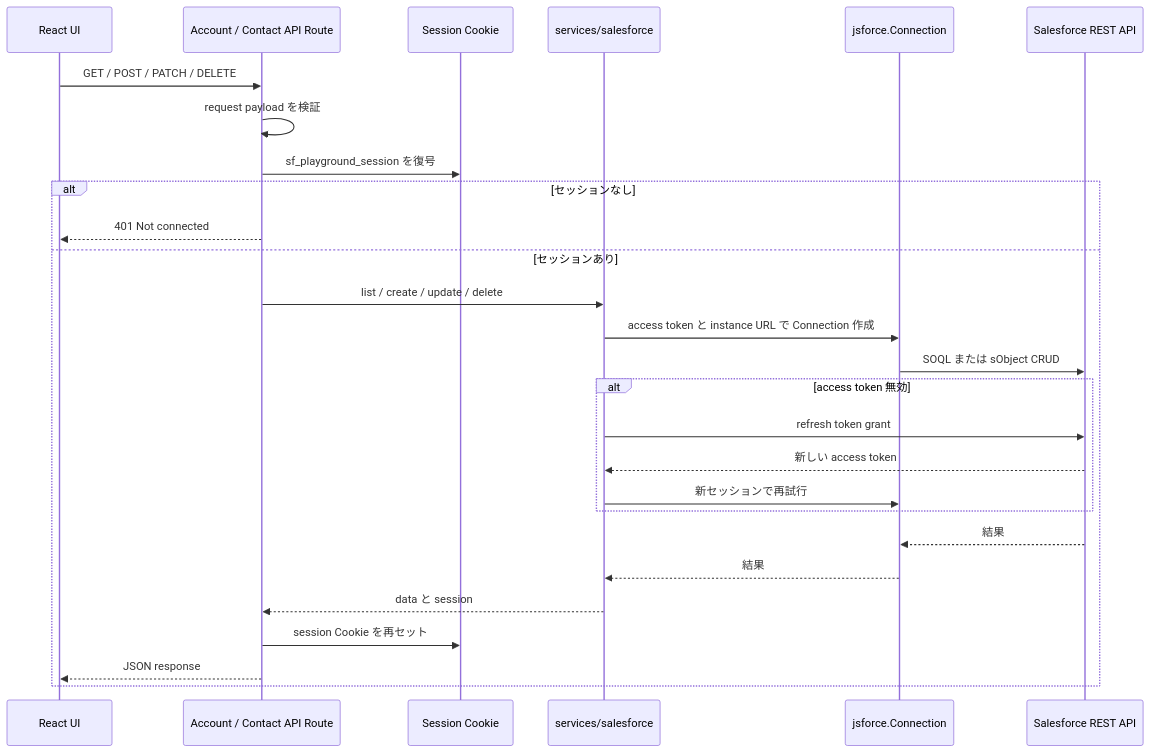
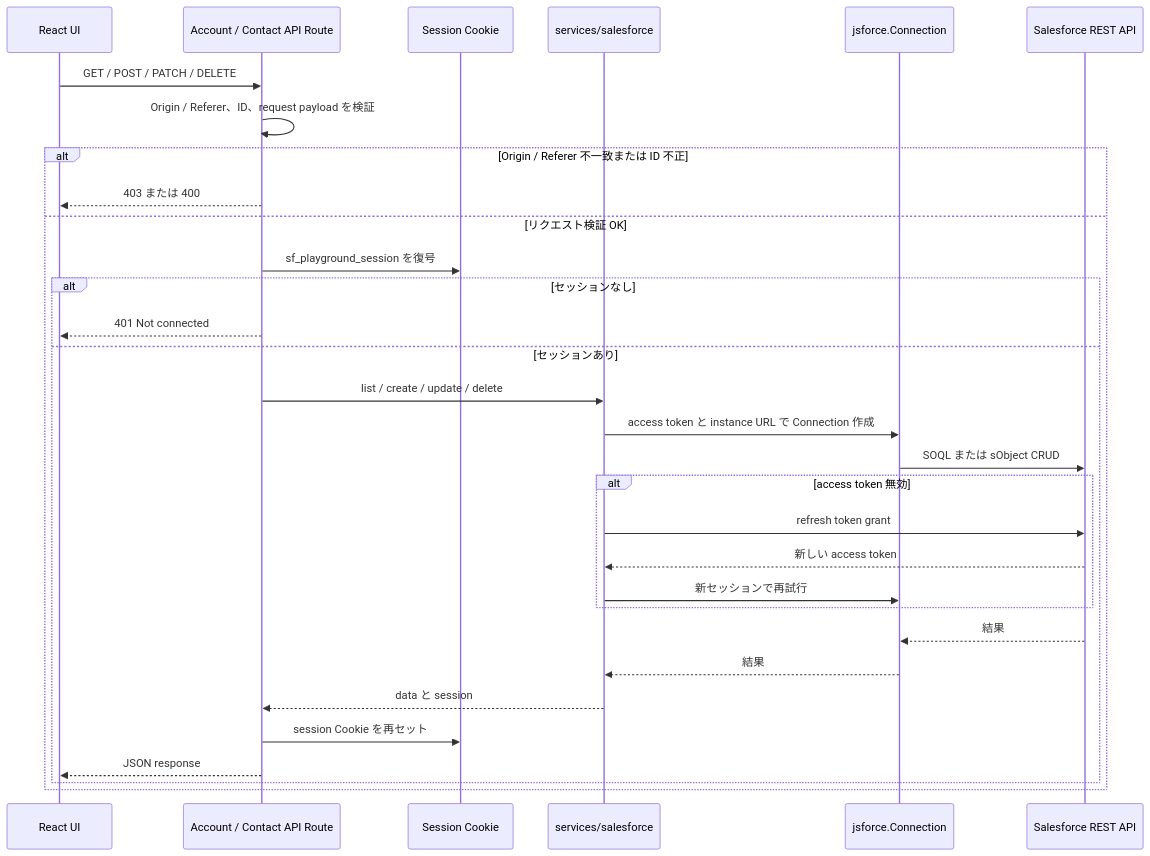
The third of 3 diagrams in docs/architecture/system-overview.md (tyoshikawa1106/salesforce-api-playground), drawn with Mermaid before and after one commit. The commit also changed other lines of this file and 14 other files, not shown here.

````diff
--- a/docs/architecture/system-overview.md
+++ b/docs/architecture/system-overview.md
@@ -75,30 +75,34 @@
 ```mermaid
 sequenceDiagram
     participant UI as React UI
     participant API as Account / Contact API Route
     participant Session as Session Cookie
     participant Service as services/salesforce
     participant Jsforce as jsforce.Connection
     participant SF as Salesforce REST API
 
     UI->>API: GET / POST / PATCH / DELETE
-    API->>API: request payload を検証
+    API->>API: Origin / Referer、ID、request payload を検証
+    alt Origin / Referer 不一致または ID 不正
+        API-->>UI: 403 または 400
+    else リクエスト検証 OK
     API->>Session: sf_playground_session を復号
     alt セッションなし
         API-->>UI: 401 Not connected
     else セッションあり
         API->>Service: list / create / update / delete
         Service->>Jsforce: access token と instance URL で Connection 作成
         Jsforce->>SF: SOQL または sObject CRUD
         alt access token 無効
             Service->>SF: refresh token grant
             SF-->>Service: 新しい access token
             Service->>Jsforce: 新セッションで再試行
         end
         SF-->>Jsforce: 結果
         Jsforce-->>Service: 結果
         Service-->>API: data と session
         API->>Session: session Cookie を再セット
         API-->>UI: JSON response
     end
+    end
 ```
````
